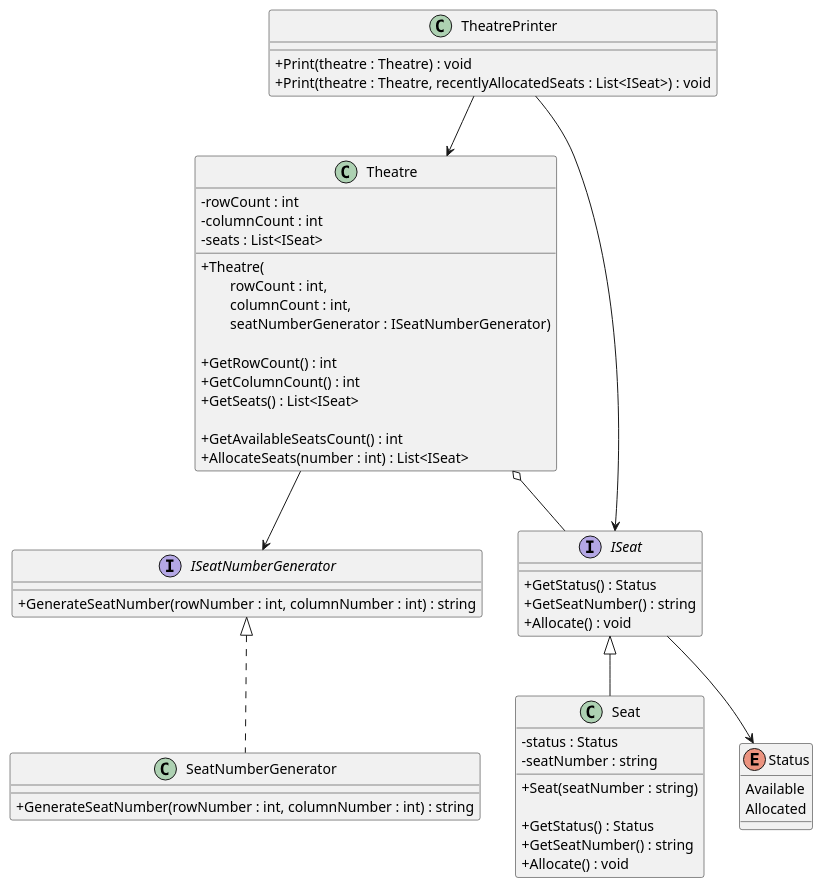
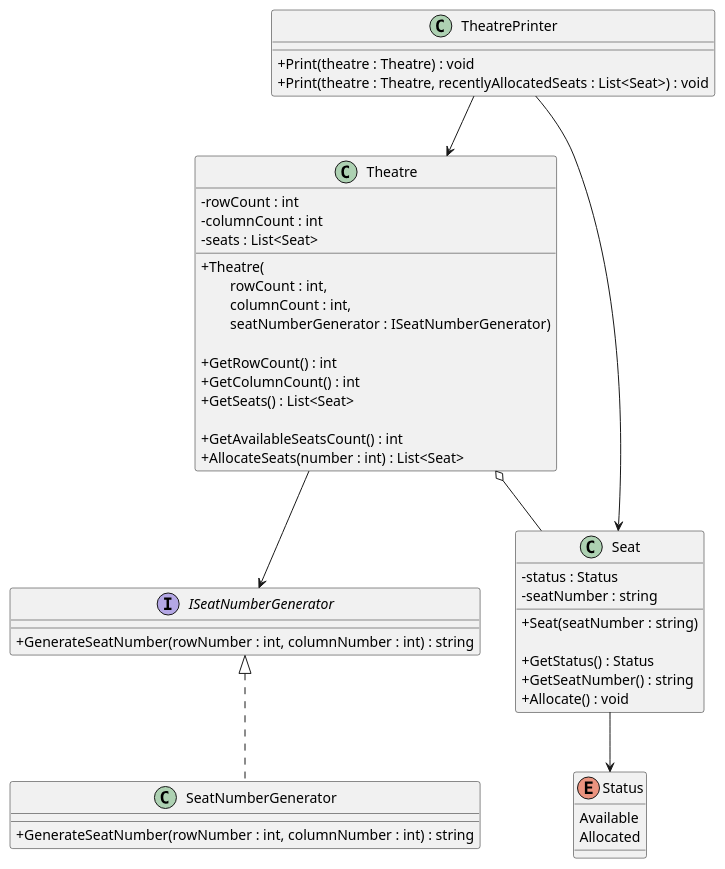
One commit to iamfranco/CinnamonCinemasChallenge changed the diagram in diagrams/cinnamonCinemas.puml. Above: the diagram before and after it, drawn with PlantUML. The commit also changed 1 other file, not shown here.

Commit message:
UML: remove ISeat interface

```diff
--- a/diagrams/cinnamonCinemas.puml
+++ b/diagrams/cinnamonCinemas.puml
@@ -1,69 +1,61 @@
 @startuml "cinnamon cinemas"
 skinparam ClassAttributeIconSize 0
 
 class TheatrePrinter {
     + Print(theatre : Theatre) : void
-    + Print(theatre : Theatre, recentlyAllocatedSeats : List<ISeat>) : void
+    + Print(theatre : Theatre, recentlyAllocatedSeats : List<Seat>) : void
 }
 
 interface ISeatNumberGenerator {
     + GenerateSeatNumber(rowNumber : int, columnNumber : int) : string
 }
 
 class SeatNumberGenerator {
     + GenerateSeatNumber(rowNumber : int, columnNumber : int) : string
 }
 
 class Theatre {
     - rowCount : int
     - columnCount : int
-    - seats : List<ISeat>
+    - seats : List<Seat>
 
     + Theatre(\n\
         rowCount : int, \n\
         columnCount : int, \n\
         seatNumberGenerator : ISeatNumberGenerator)
 
     + GetRowCount() : int
     + GetColumnCount() : int
-    + GetSeats() : List<ISeat>
+    + GetSeats() : List<Seat>
 
     + GetAvailableSeatsCount() : int
-    + AllocateSeats(number : int) : List<ISeat>
-}
-
-interface ISeat {
-    + GetStatus() : Status
-    + GetSeatNumber() : string
-    + Allocate() : void
+    + AllocateSeats(number : int) : List<Seat>
 }
 
 class Seat {
     - status : Status
     - seatNumber : string
 
     + Seat(seatNumber : string)
 
     + GetStatus() : Status
     + GetSeatNumber() : string
     + Allocate() : void
 }
 
 Enum Status {
     Available
     Allocated
 }
 
 TheatrePrinter --> Theatre
-TheatrePrinter ---> ISeat
+TheatrePrinter ---> Seat
 
-Theatre o-- ISeat
+Theatre o-- Seat
 Theatre --> ISeatNumberGenerator
 
 ISeatNumberGenerator <|.. SeatNumberGenerator
 
-ISeat --> Status
-
-ISeat <|-- Seat
+Seat --> Status
 
 @enduml
```
